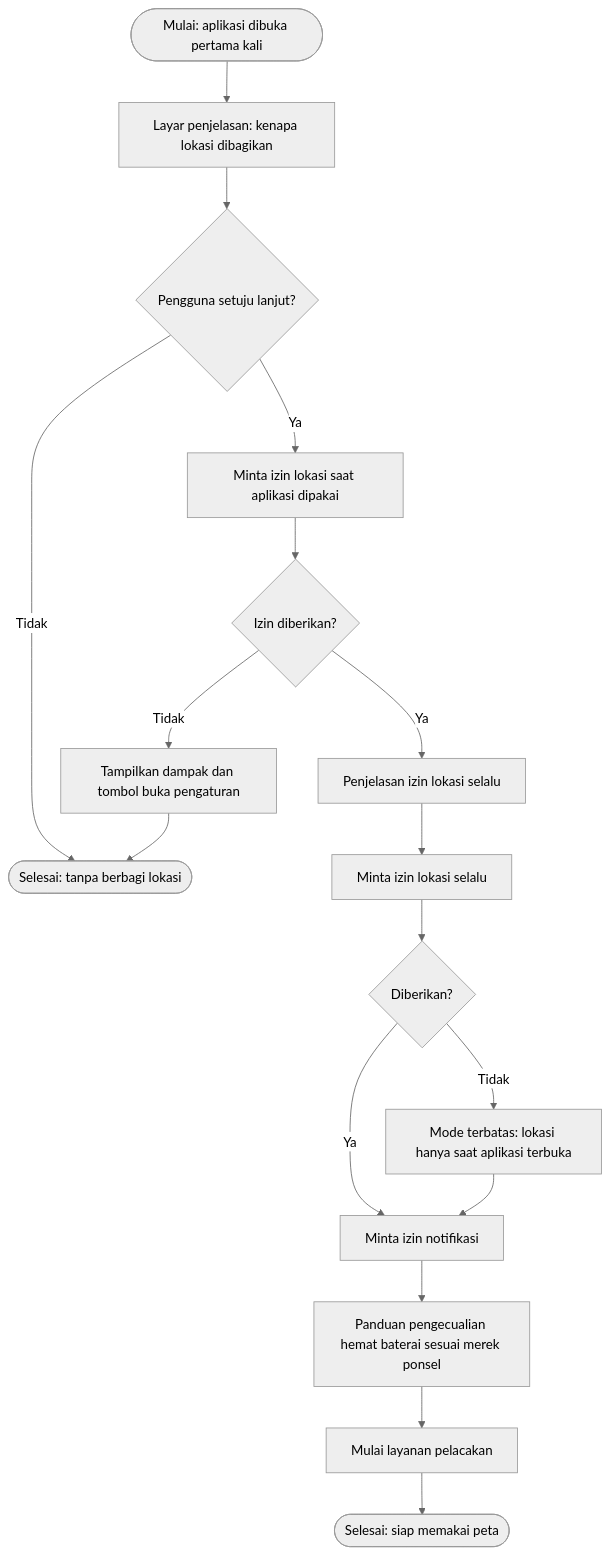
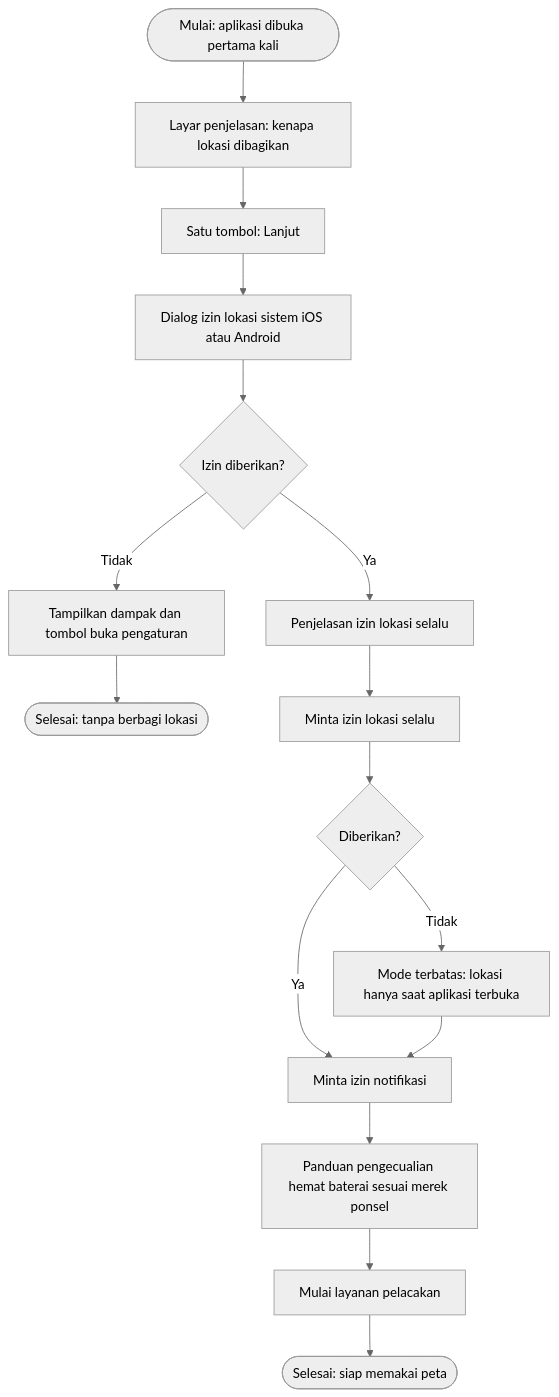
The second of 14 diagrams in docs/07-uml-diagrams.md (surya-antariksa/tether), drawn with Mermaid (neutral theme) before and after one commit. The commit also changed 165 other files, not shown here.

````diff
--- a/docs/07-uml-diagrams.md
+++ b/docs/07-uml-diagrams.md
@@ -81,19 +81,18 @@
 ```mermaid
 flowchart TD
     A([Mulai: aplikasi dibuka pertama kali]) --> B[Layar penjelasan: kenapa lokasi dibagikan]
-    B --> C{Pengguna setuju lanjut?}
-    C -- Tidak --> Z1([Selesai: tanpa berbagi lokasi])
-    C -- Ya --> D[Minta izin lokasi saat aplikasi dipakai]
+    B --> C[Satu tombol: Lanjut]
+    C --> D[Dialog izin lokasi sistem iOS atau Android]
     D --> E{Izin diberikan?}
     E -- Tidak --> F[Tampilkan dampak dan tombol buka pengaturan]
-    F --> Z1
+    F --> Z1([Selesai: tanpa berbagi lokasi])
     E -- Ya --> G[Penjelasan izin lokasi selalu]
     G --> H[Minta izin lokasi selalu]
     H --> I{Diberikan?}
     I -- Tidak --> J[Mode terbatas: lokasi hanya saat aplikasi terbuka]
     I -- Ya --> K[Minta izin notifikasi]
     J --> K
     K --> L[Panduan pengecualian hemat baterai sesuai merek ponsel]
     L --> M[Mulai layanan pelacakan]
     M --> Z2([Selesai: siap memakai peta])
 ```
````
